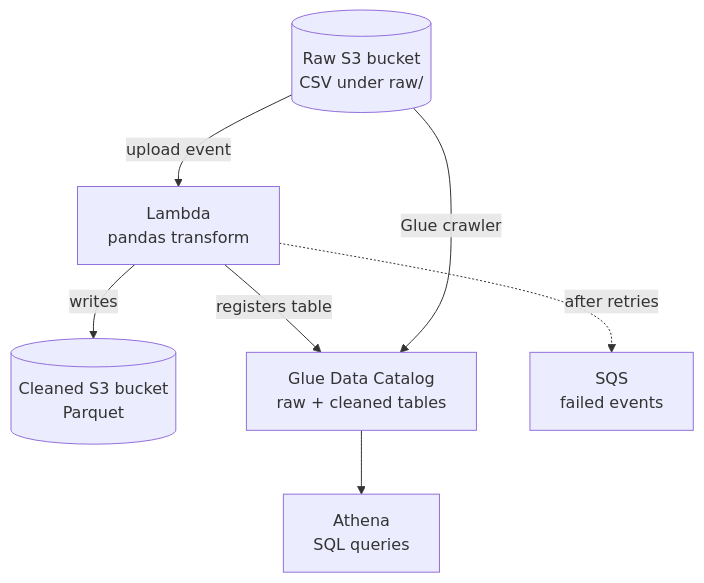
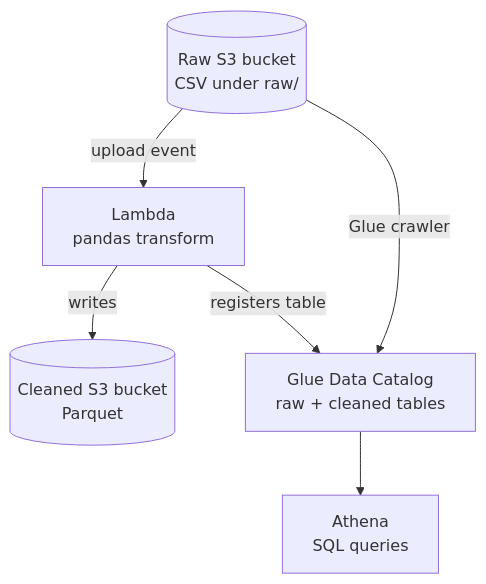
Before and after one commit to ryanhillman/aws-etl-pipeline: the diagram in README.md, drawn with Mermaid. The commit also changed other lines of this file and 1 other file, not shown here.

Commit message:
refactor: remove the SQS failure queue
It added three resources and an IAM statement for something a demo never shows. Failed invocations still appear in the Lambda's CloudWatch logs.

````diff
--- a/README.md
+++ b/README.md
@@ -28,16 +28,14 @@
 ```mermaid
 flowchart TD
     raw[("Raw S3 bucket<br/>CSV under raw/")]
     lambda["Lambda<br/>pandas transform"]
     cleaned[("Cleaned S3 bucket<br/>Parquet")]
     catalog["Glue Data Catalog<br/>raw + cleaned tables"]
     athena["Athena<br/>SQL queries"]
-    sqs["SQS<br/>failed events"]
 
     raw -->|upload event| lambda
     lambda -->|writes| cleaned
     lambda -->|registers table| catalog
     raw -->|Glue crawler| catalog
     catalog --> athena
-    lambda -.->|after retries| sqs
 ```
````
